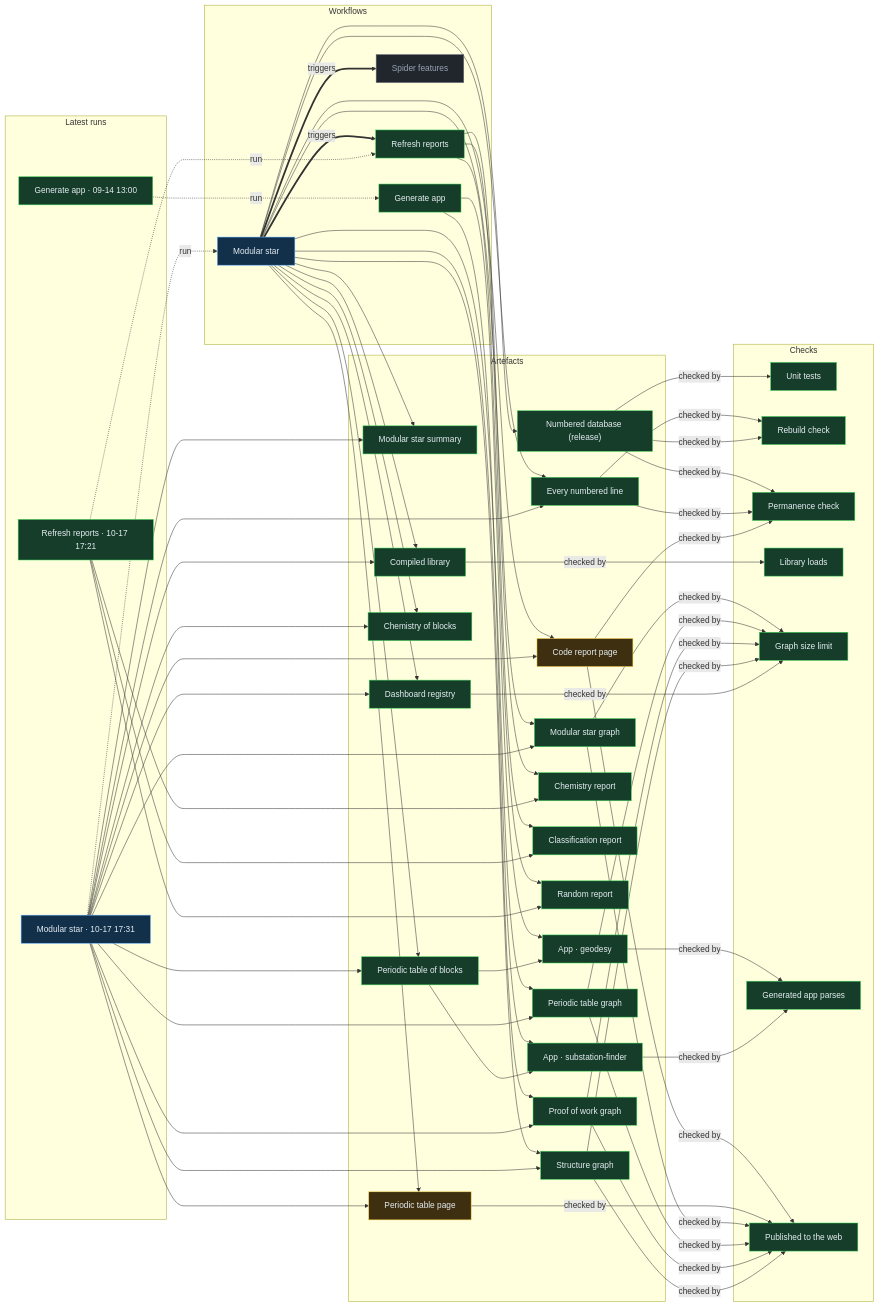
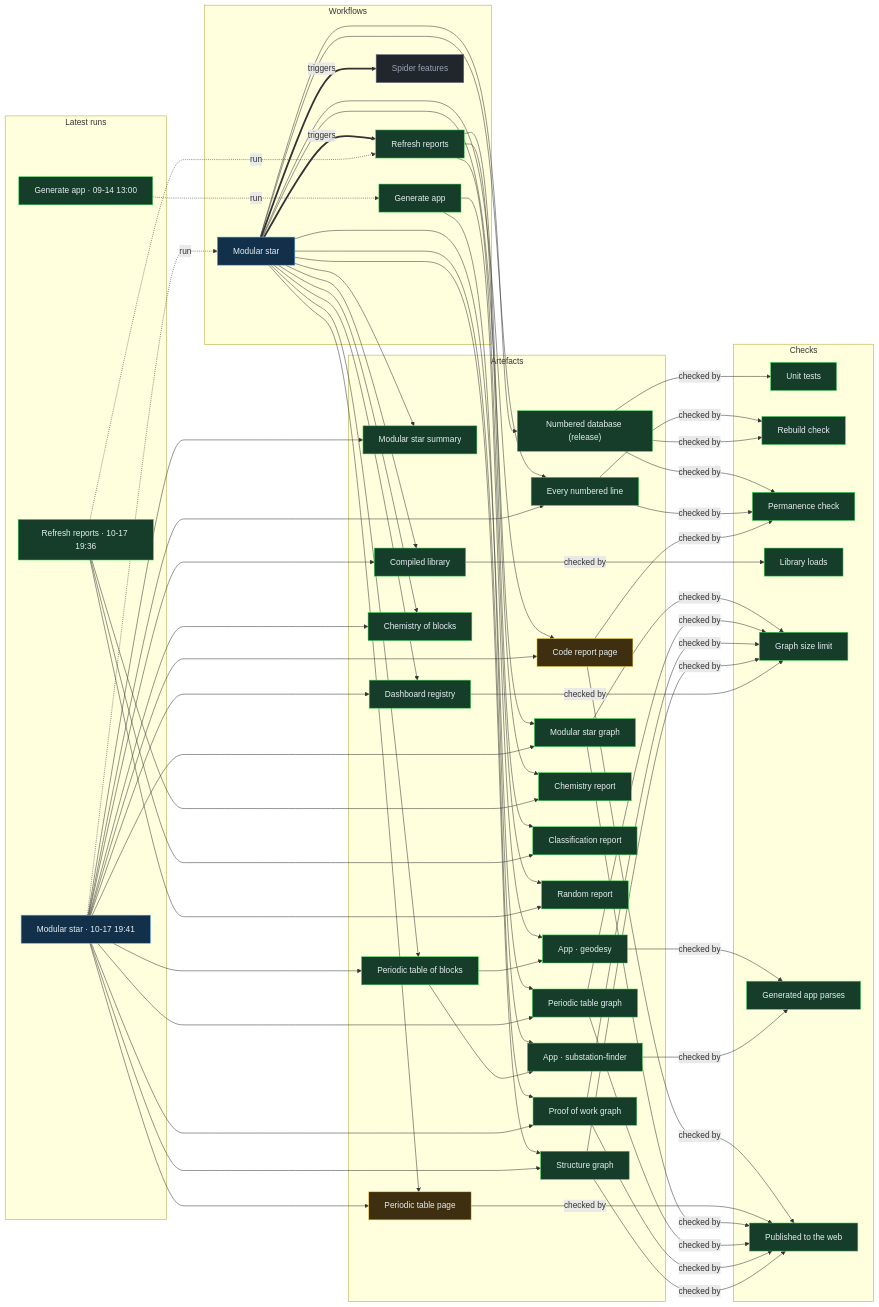
Before and after one commit to Ventusltd/stars: the diagram in proof/PROOF.md, drawn with Mermaid. The commit also changed other lines of this file and 33 other files, not shown here.

Commit message:
Modular star 2026-10-17T19:43Z

```diff
--- a/proof/PROOF.md
+++ b/proof/PROOF.md
@@ -24,8 +24,8 @@
   n_wf_spider_features["Spider features"]:::off
   end
   subgraph g_runs["Latest runs"]
-  n_run_39054120232["Modular star · 10-17 17:31"]:::live
-  n_run_39053394096["Refresh reports · 10-17 17:21"]:::ok
+  n_run_39063564967["Modular star · 10-17 19:41"]:::live
+  n_run_39063162912["Refresh reports · 10-17 19:36"]:::ok
   n_run_34846587798["Generate app · 09-14 13:00"]:::ok
   end
   subgraph g_artefacts["Artefacts"]
@@ -59,39 +59,39 @@
   end
   n_wf_modular_star == triggers ==> n_wf_refresh
   n_wf_modular_star == triggers ==> n_wf_spider_features
-  n_run_39054120232 -. run .-> n_wf_modular_star
-  n_run_39053394096 -. run .-> n_wf_refresh
+  n_run_39063564967 -. run .-> n_wf_modular_star
+  n_run_39063162912 -. run .-> n_wf_refresh
   n_run_34846587798 -. run .-> n_wf_generate
   n_wf_modular_star --> n_art_summary
-  n_run_39054120232 --> n_art_summary
+  n_run_39063564967 --> n_art_summary
   n_wf_modular_star --> n_art_lines
-  n_run_39054120232 --> n_art_lines
+  n_run_39063564967 --> n_art_lines
   n_wf_modular_star --> n_art_code
-  n_run_39054120232 --> n_art_code
+  n_run_39063564967 --> n_art_code
   n_wf_modular_star --> n_art_modular_graph
-  n_run_39054120232 --> n_art_modular_graph
+  n_run_39063564967 --> n_art_modular_graph
   n_wf_modular_star --> n_art_blocks
-  n_run_39054120232 --> n_art_blocks
+  n_run_39063564967 --> n_art_blocks
   n_wf_modular_star --> n_art_table
-  n_run_39054120232 --> n_art_table
+  n_run_39063564967 --> n_art_table
   n_wf_modular_star --> n_art_blocks_graph
-  n_run_39054120232 --> n_art_blocks_graph
+  n_run_39063564967 --> n_art_blocks_graph
   n_wf_modular_star --> n_art_reactions
-  n_run_39054120232 --> n_art_reactions
+  n_run_39063564967 --> n_art_reactions
   n_wf_modular_star --> n_art_library
-  n_run_39054120232 --> n_art_library
+  n_run_39063564967 --> n_art_library
   n_wf_modular_star --> n_art_features
-  n_run_39054120232 --> n_art_features
+  n_run_39063564967 --> n_art_features
   n_wf_modular_star --> n_art_proof
-  n_run_39054120232 --> n_art_proof
+  n_run_39063564967 --> n_art_proof
   n_wf_modular_star --> n_art_structure
-  n_run_39054120232 --> n_art_structure
+  n_run_39063564967 --> n_art_structure
   n_wf_refresh --> n_art_chemistry
-  n_run_39053394096 --> n_art_chemistry
+  n_run_39063162912 --> n_art_chemistry
   n_wf_refresh --> n_art_vedic
-  n_run_39053394096 --> n_art_vedic
+  n_run_39063162912 --> n_art_vedic
   n_wf_refresh --> n_art_random
-  n_run_39053394096 --> n_art_random
+  n_run_39063162912 --> n_art_random
   n_wf_modular_star --> n_art_release
   n_wf_generate --> n_app_geodesy
   n_art_blocks --> n_app_geodesy
```
